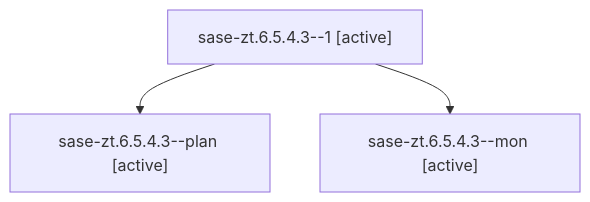
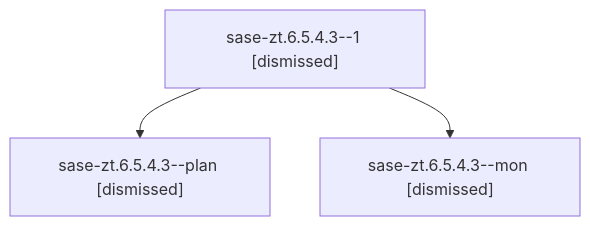
The diagram in sessions/bbugyi200.athena.sase-zt.6.5.4.3.md (sase-org/sase--agents), drawn with Mermaid before and after one commit. The commit also changed other lines of this file and 209 other files, not shown here.

````diff
--- a/sessions/bbugyi200.athena.sase-zt.6.5.4.3.md
+++ b/sessions/bbugyi200.athena.sase-zt.6.5.4.3.md
@@ -9,8 +9,8 @@
 ```mermaid
 flowchart TD
-  n0["sase-zt.6.5.4.3--1 [active]"]
-  n1["sase-zt.6.5.4.3--plan [active]"]
+  n0["sase-zt.6.5.4.3--1 [dismissed]"]
+  n1["sase-zt.6.5.4.3--plan [dismissed]"]
   n0 --> n1
-  n2["sase-zt.6.5.4.3--mon [active]"]
+  n2["sase-zt.6.5.4.3--mon [dismissed]"]
   n0 --> n2
 ```
````
